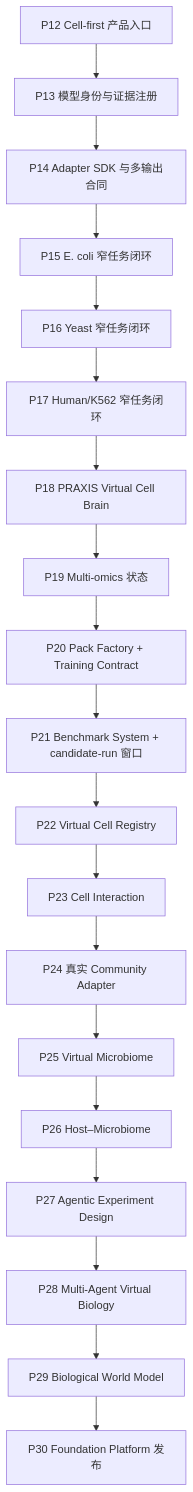
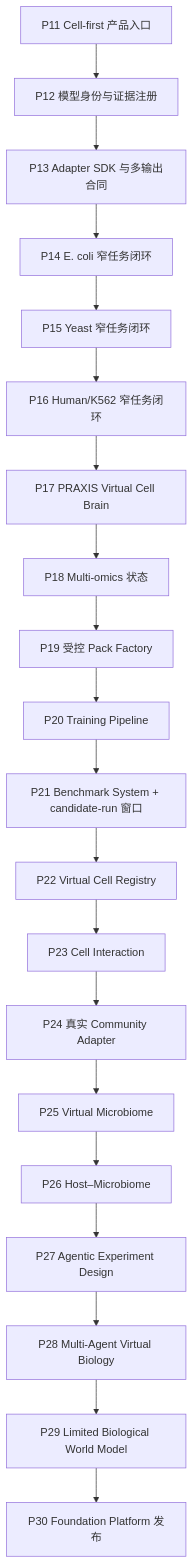
Before and after one commit to NHNQNHNQ/PRAXIS-Virtualcell: the diagram in docs/PHASE12-30-EXECUTION-PLAN-AND-PROMPTS.md, drawn with Mermaid. The commit also changed other lines of this file and 10 other files, not shown here.

````diff
--- a/docs/PHASE12-30-EXECUTION-PLAN-AND-PROMPTS.md
+++ b/docs/PHASE12-30-EXECUTION-PLAN-AND-PROMPTS.md
@@ -92,21 +136,22 @@
 ```mermaid
 flowchart TD
-    P12["P12 Cell-first 产品入口"] --> P13["P13 模型身份与证据注册"]
-    P13 --> P14["P14 Adapter SDK 与多输出合同"]
-    P14 --> P15["P15 E. coli 窄任务闭环"]
-    P15 --> P16["P16 Yeast 窄任务闭环"]
-    P16 --> P17["P17 Human/K562 窄任务闭环"]
-    P17 --> P18["P18 PRAXIS Virtual Cell Brain"]
-    P18 --> P19["P19 Multi-omics 状态"]
-    P19 --> P20["P20 Pack Factory + Training Contract"]
+    P11["P11 Cell-first 产品入口"] --> P12["P12 模型身份与证据注册"]
+    P12 --> P13["P13 Adapter SDK 与多输出合同"]
+    P13 --> P14["P14 E. coli 窄任务闭环"]
+    P14 --> P15["P15 Yeast 窄任务闭环"]
+    P15 --> P16["P16 Human/K562 窄任务闭环"]
+    P16 --> P17["P17 PRAXIS Virtual Cell Brain"]
+    P17 --> P18["P18 Multi-omics 状态"]
+    P18 --> P19["P19 受控 Pack Factory"]
+    P19 --> P20["P20 Training Pipeline"]
     P20 --> P21["P21 Benchmark System + candidate-run 窗口"]
     P21 --> P22["P22 Virtual Cell Registry"]
     P22 --> P23["P23 Cell Interaction"]
     P23 --> P24["P24 真实 Community Adapter"]
     P24 --> P25["P25 Virtual Microbiome"]
     P25 --> P26["P26 Host–Microbiome"]
     P26 --> P27["P27 Agentic Experiment Design"]
     P27 --> P28["P28 Multi-Agent Virtual Biology"]
-    P28 --> P29["P29 Biological World Model"]
+    P28 --> P29["P29 Limited Biological World Model"]
     P29 --> P30["P30 Foundation Platform 发布"]
 ```
````
